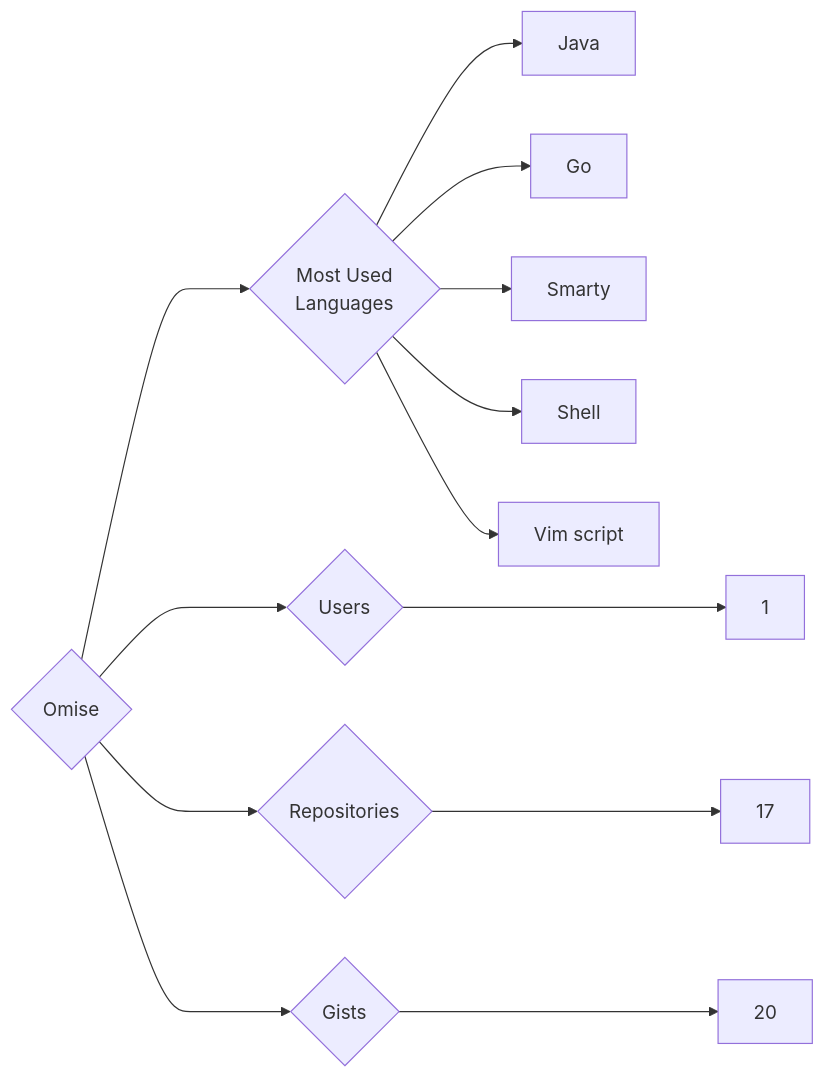
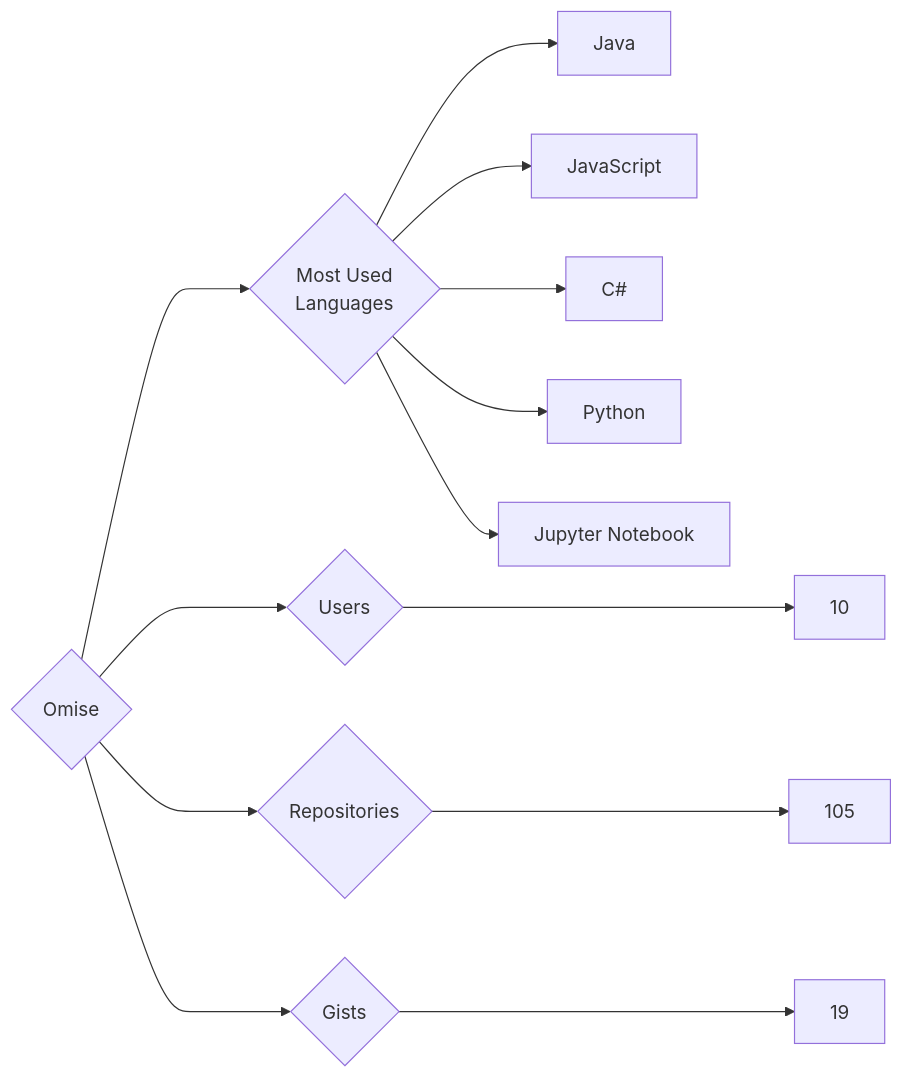
Before and after one commit to trickest/insiders: the diagram in targets/Omise/README.md, drawn with Mermaid. The commit also changed 878 other files, not shown here.

````diff
--- a/targets/Omise/README.md
+++ b/targets/Omise/README.md
@@ -3,13 +3,13 @@
 ```mermaid
 graph LR
 COMPANY_NAME{Omise}
-COMPANY_NAME ---> U{Users} ---> UN[1]
-COMPANY_NAME ---> R{Repositories} ---> RN[17]
-COMPANY_NAME ---> G{Gists} ---> GN[20]
+COMPANY_NAME ---> U{Users} ---> UN[10]
+COMPANY_NAME ---> R{Repositories} ---> RN[105]
+COMPANY_NAME ---> G{Gists} ---> GN[19]
 COMPANY_NAME ---> ML{Most Used<br>Languages}
 ML --> Java[Java]
-ML --> Go[Go]
-ML --> Smarty[Smarty]
-ML --> Shell[Shell]
-ML --> Vim_script[Vim script]
+ML --> JavaScript[JavaScript]
+ML --> C#[C#]
+ML --> Python[Python]
+ML --> Jupyter_Notebook[Jupyter Notebook]
 ```
````
